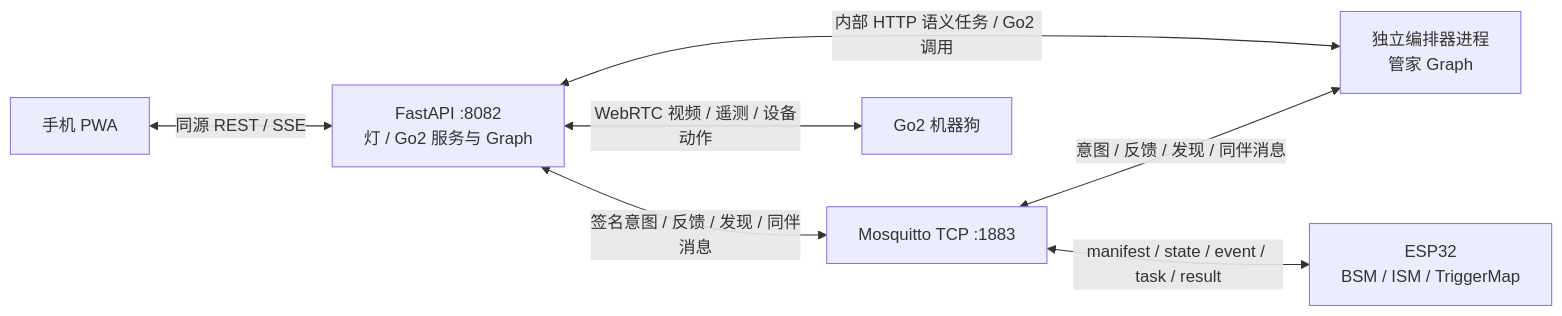
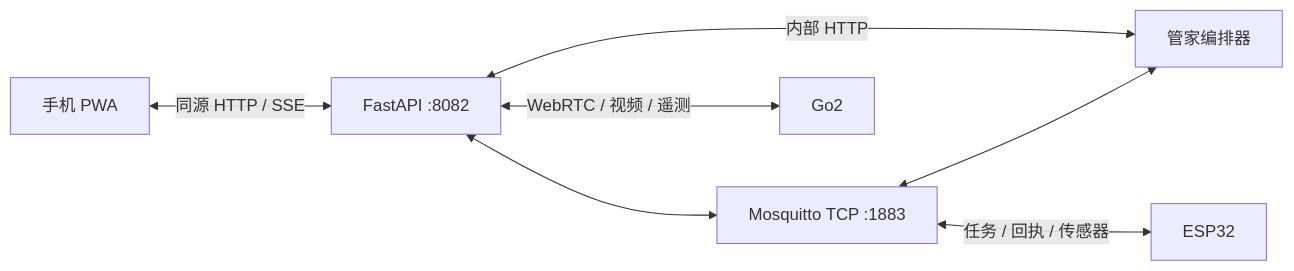
Before and after one commit to Arthur1ha/ssm: the diagram in README.md, drawn with Mermaid. The commit also changed other lines of this file and 120 other files, not shown here.

````diff
--- a/README.md
+++ b/README.md
@@ -9,9 +7,9 @@
 ```mermaid
 flowchart LR
-    PWA[手机 PWA] <-->|同源 REST / SSE| API["FastAPI :8082<br/>灯 / Go2 服务与 Graph"]
-    API <-->|签名意图 / 反馈 / 发现 / 同伴消息| MQTT[Mosquitto TCP :1883]
-    MQTT <-->|意图 / 反馈 / 发现 / 同伴消息| Steward["独立编排器进程<br/>管家 Graph"]
-    MQTT <-->|manifest / state / event / task / result| ESP["ESP32<br/>BSM / ISM / TriggerMap"]
-    Steward <-->|内部 HTTP 语义任务 / Go2 调用| API
-    API <-->|WebRTC 视频 / 遥测 / 设备动作| Go2[Go2 机器狗]
+    PWA[手机 PWA] <-->|同源 HTTP / SSE| API[FastAPI :8082]
+    API <--> MQTT[Mosquitto TCP :1883]
+    MQTT <--> Steward[管家编排器]
+    MQTT <-->|任务 / 回执 / 传感器| ESP[ESP32]
+    Steward <-->|内部 HTTP| API
+    API <-->|WebRTC / 视频 / 遥测| Go2[Go2]
 ```
````
